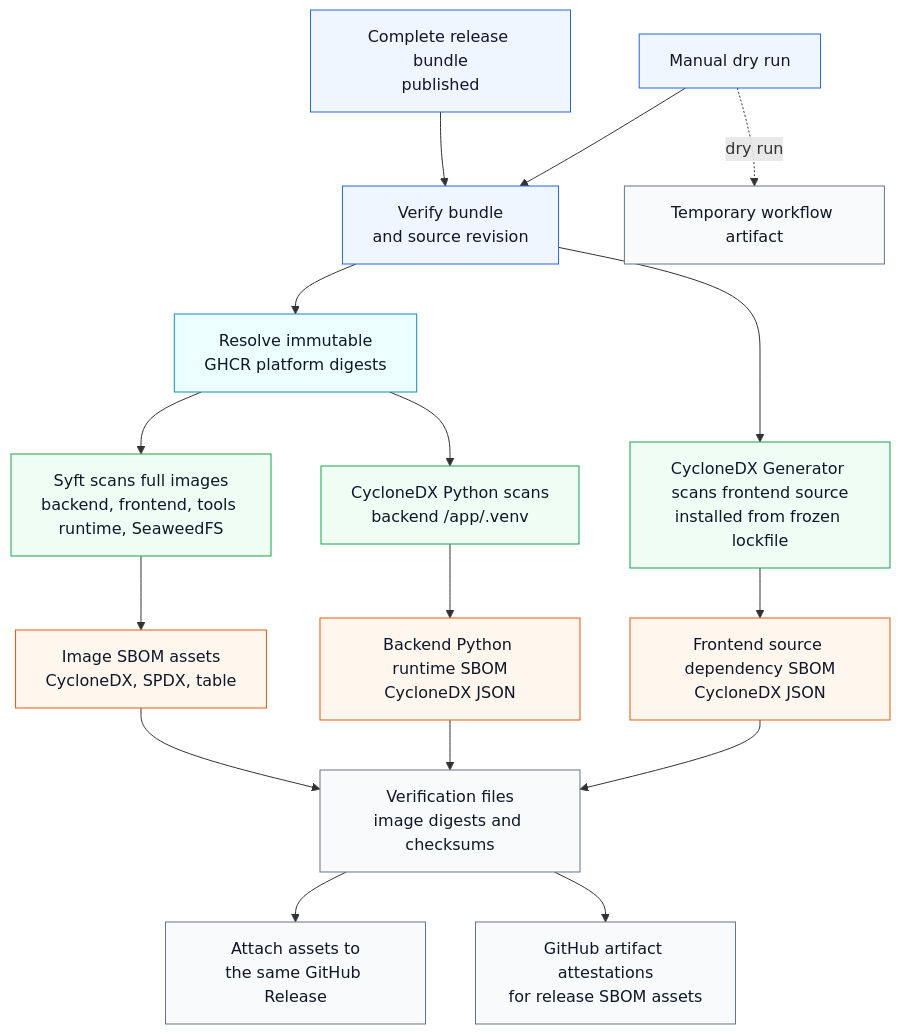
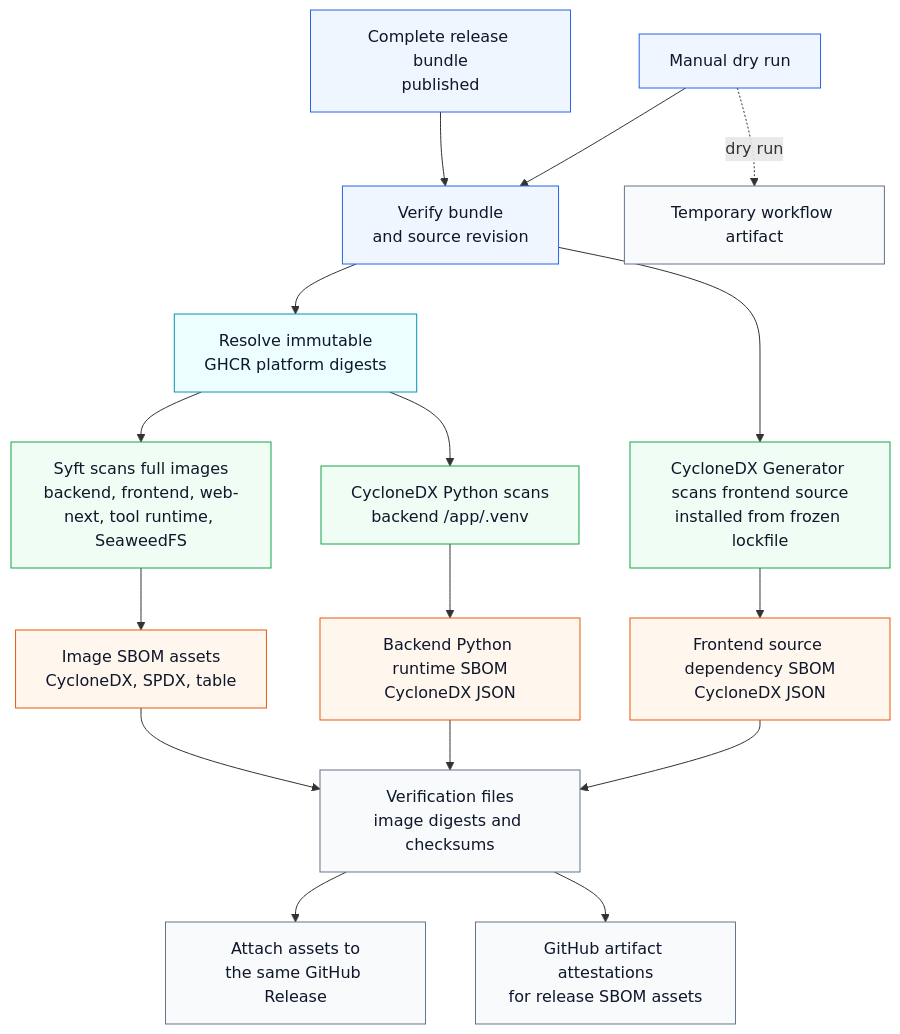
The diagram in frontend/apps/docs-site/src/content/docs/release-sboms.mdx (eneo-ai/eneo), drawn with Mermaid before and after one commit. The commit also changed other lines of this file and 16 other files, not shown here.

````diff
--- a/frontend/apps/docs-site/src/content/docs/release-sboms.mdx
+++ b/frontend/apps/docs-site/src/content/docs/release-sboms.mdx
@@ -99,44 +114,44 @@
 ```mermaid
 flowchart TD
   release["Complete release bundle<br/>published"]
   manual["Manual dry run"]
   tag["Verify bundle<br/>and source revision"]
   digests["Resolve immutable<br/>GHCR platform digests"]
 
-  syft["Syft scans full images<br/>backend, frontend, tools runtime, SeaweedFS"]
+  syft["Syft scans full images<br/>backend, frontend, web-next, tool runtime, SeaweedFS"]
   python["CycloneDX Python scans<br/>backend /app/.venv"]
   source["CycloneDX Generator scans frontend source<br/>installed from frozen lockfile"]
 
   imageSboms["Image SBOM assets<br/>CycloneDX, SPDX, table"]
   runtimeSbom["Backend Python runtime SBOM<br/>CycloneDX JSON"]
   sourceSbom["Frontend source dependency SBOM<br/>CycloneDX JSON"]
   verification["Verification files<br/>image digests and checksums"]
   attestation["GitHub artifact attestations<br/>for release SBOM assets"]
 
   release --> tag --> digests
   manual --> tag
   digests --> syft
   digests --> python
   tag --> source
   syft --> imageSboms
   python --> runtimeSbom
   source --> sourceSbom
   imageSboms --> verification
   runtimeSbom --> verification
   sourceSbom --> verification
   verification --> upload["Attach assets to<br/>the same GitHub Release"]
   verification --> attestation
   manual -. dry run .-> artifact["Temporary workflow artifact"]
 
   classDef trigger fill:#eff6ff,stroke:#2563eb,color:#0f172a
   classDef source fill:#ecfeff,stroke:#0891b2,color:#0f172a
   classDef scanner fill:#f0fdf4,stroke:#16a34a,color:#0f172a
   classDef asset fill:#fff7ed,stroke:#ea580c,color:#0f172a
   classDef output fill:#f8fafc,stroke:#64748b,color:#0f172a
 
   class release,manual,tag trigger
   class digests source
   class syft,python,source scanner
   class imageSboms,runtimeSbom,sourceSbom asset
   class verification,upload,artifact,attestation output
 ```
````
